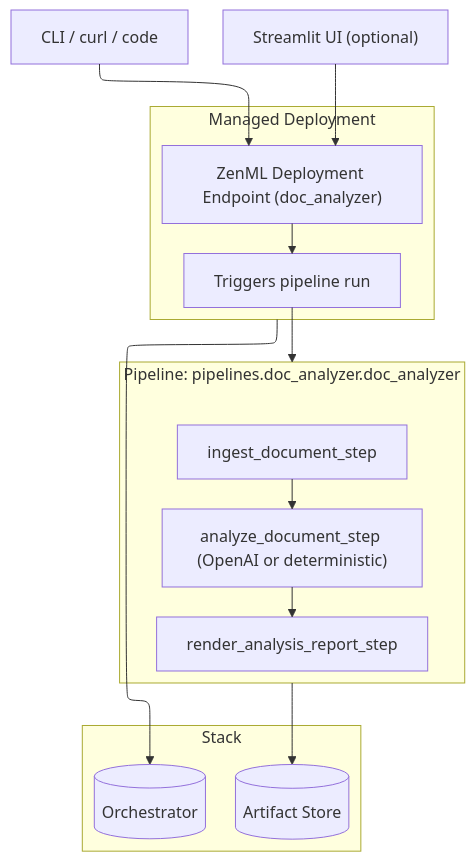
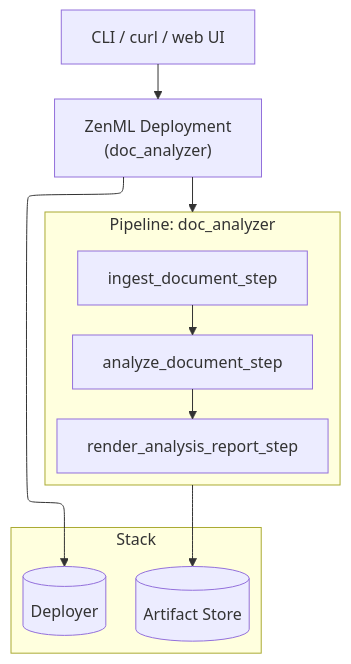
One commit to zenml-io/zenml changed the first of 3 diagrams in docs/book/getting-started/your-first-ai-pipeline.md. Above: the diagram before and after it, drawn with Mermaid. The commit also changed other lines of this file and 63 other files, not shown here.

````diff
--- a/docs/book/getting-started/your-first-ai-pipeline.md
+++ b/docs/book/getting-started/your-first-ai-pipeline.md
@@ -27,31 +35,26 @@
 ```mermaid
 ---
 config:
   layout: elk
   theme: mc
 ---
 flowchart TB
-  U["CLI / curl / code"] --> D["ZenML Deployment Endpoint (doc_analyzer)"]
-  S["Streamlit UI (optional)"] --> D
+  U["CLI / curl / web UI"] --> D["ZenML Deployment<br/>(doc_analyzer)"]
 
-  subgraph DEPLOY["Managed Deployment"]
-    D --> T["Triggers pipeline run"]
-  end
-
-  subgraph PIPE["Pipeline: pipelines.doc_analyzer.doc_analyzer"]
+  subgraph PIPE["Pipeline: doc_analyzer"]
     I["ingest_document_step"]
-    A["analyze_document_step (OpenAI or deterministic)"]
+    A["analyze_document_step"]
     R["render_analysis_report_step"]
     I --> A --> R
   end
 
-  T --> PIPE
+  D --> PIPE
 
   subgraph STACK["Stack"]
-    O[("Orchestrator")]
+    OR[("Deployer")]
     AR[("Artifact Store")]
   end
 
   PIPE --> AR
-  DEPLOY --> O
+  D --> OR
 ```
````
